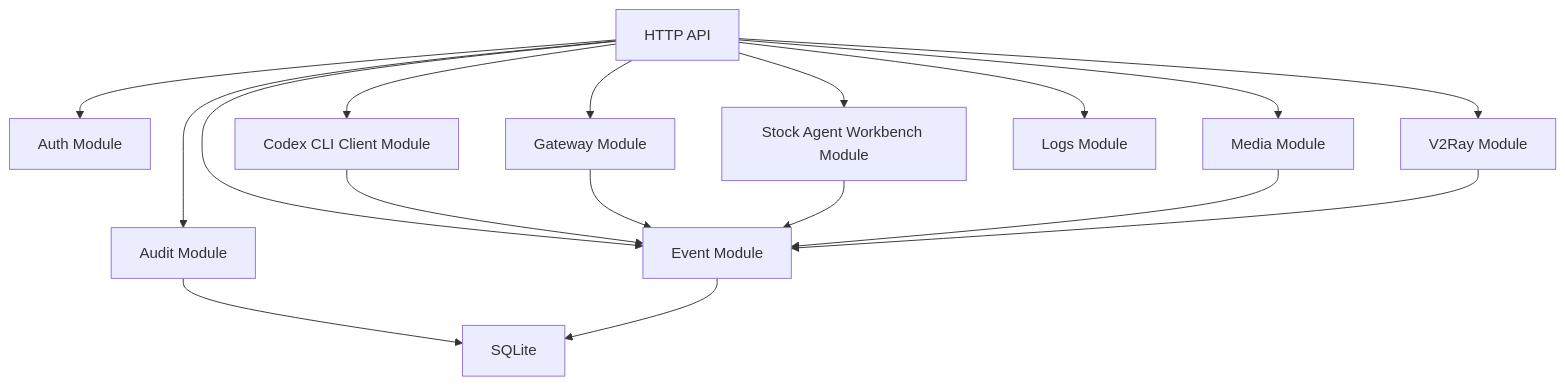
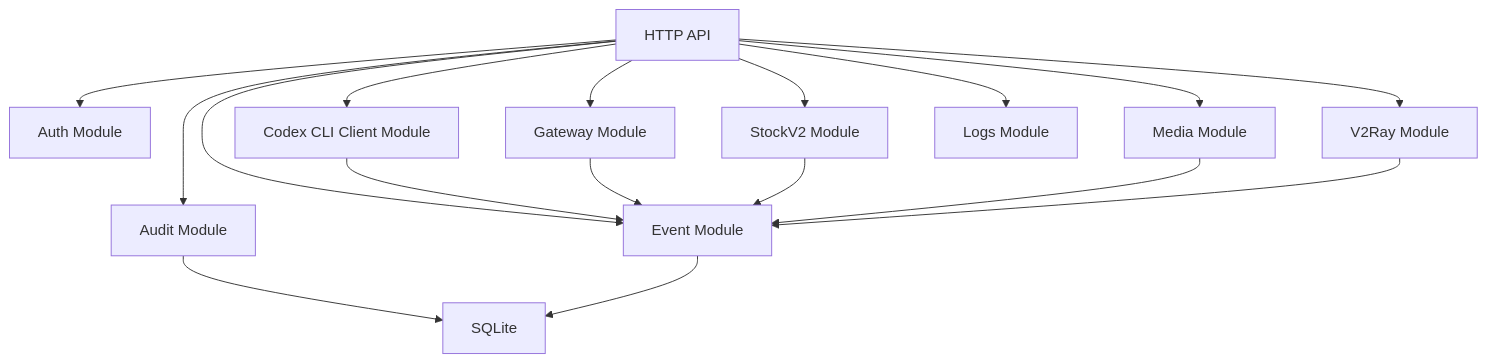
Before and after one commit to NageNalock/phantom-lancer: the second of 2 diagrams in docs/personal-web-terminal-technical-design.md, drawn with Mermaid. The commit also changed other lines of this file and 46 other files, not shown here.

Commit message:
Remove StockV1 module

````diff
--- a/docs/personal-web-terminal-technical-design.md
+++ b/docs/personal-web-terminal-technical-design.md
@@ -121,20 +111,20 @@
 ```mermaid
 flowchart TD
   API["HTTP API"] --> Auth["Auth Module"]
   API --> CodexClient["Codex CLI Client Module"]
   API --> Gateway["Gateway Module"]
   API --> Media["Media Module"]
-  API --> Stock["Stock Agent Workbench Module"]
+  API --> Stock["StockV2 Module"]
   API --> V2Ray["V2Ray Module"]
   API --> Logs["Logs Module"]
   API --> Audit["Audit Module"]
   API --> Event["Event Module"]
 
   CodexClient --> Event
   Gateway --> Event
   Stock --> Event
   Media --> Event
   V2Ray --> Event
   Audit --> DB["SQLite"]
   Event --> DB
 ```
````
